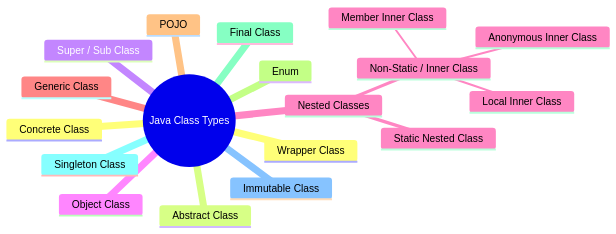
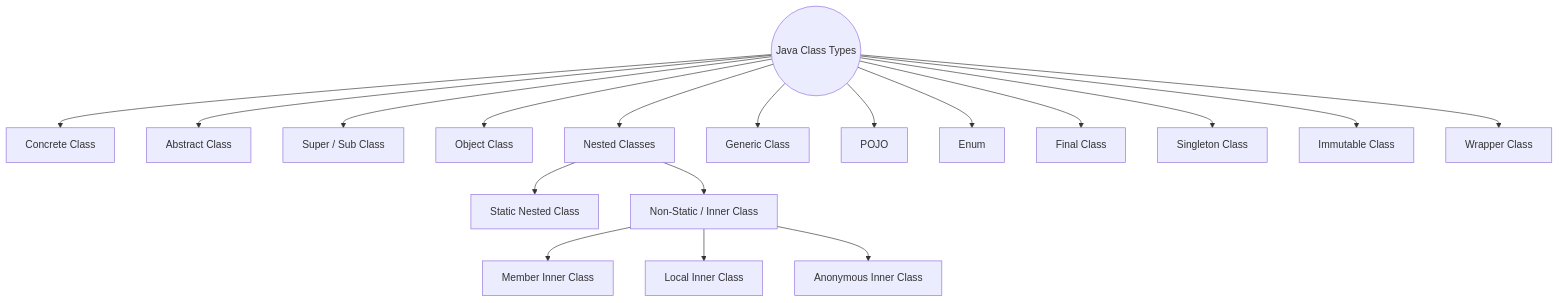
The first of 8 diagrams in java-mastery/src/content/lessons/types-of-classes.mdx (devgupta4526/CodePlus), drawn with Mermaid before and after one commit. The commit also changed other lines of this file and 153 other files, not shown here.

````diff
--- a/java-mastery/src/content/lessons/types-of-classes.mdx
+++ b/java-mastery/src/content/lessons/types-of-classes.mdx
@@ -57,21 +57,23 @@
 ```mermaid
-mindmap
-  root((Java Class Types))
-    Concrete Class
-    Abstract Class
-    Super / Sub Class
-    Object Class
-    Nested Classes
-      Static Nested Class
-      Non-Static / Inner Class
-        Member Inner Class
-        Local Inner Class
-        Anonymous Inner Class
-    Generic Class
-    POJO
-    Enum
-    Final Class
-    Singleton Class
-    Immutable Class
-    Wrapper Class
+flowchart TD
+    ClassTypes((Java Class Types))
+    ClassTypes --> Concrete["Concrete Class"]
+    ClassTypes --> Abstract["Abstract Class"]
+    ClassTypes --> SuperSub["Super / Sub Class"]
+    ClassTypes --> Object["Object Class"]
+    
+    ClassTypes --> Nested["Nested Classes"]
+    Nested --> Static["Static Nested Class"]
+    Nested --> Inner["Non-Static / Inner Class"]
+    Inner --> Member["Member Inner Class"]
+    Inner --> Local["Local Inner Class"]
+    Inner --> Anonymous["Anonymous Inner Class"]
+    
+    ClassTypes --> Generic["Generic Class"]
+    ClassTypes --> POJO
+    ClassTypes --> Enum
+    ClassTypes --> Final["Final Class"]
+    ClassTypes --> Singleton["Singleton Class"]
+    ClassTypes --> Immutable["Immutable Class"]
+    ClassTypes --> Wrapper["Wrapper Class"]
 ```
````
